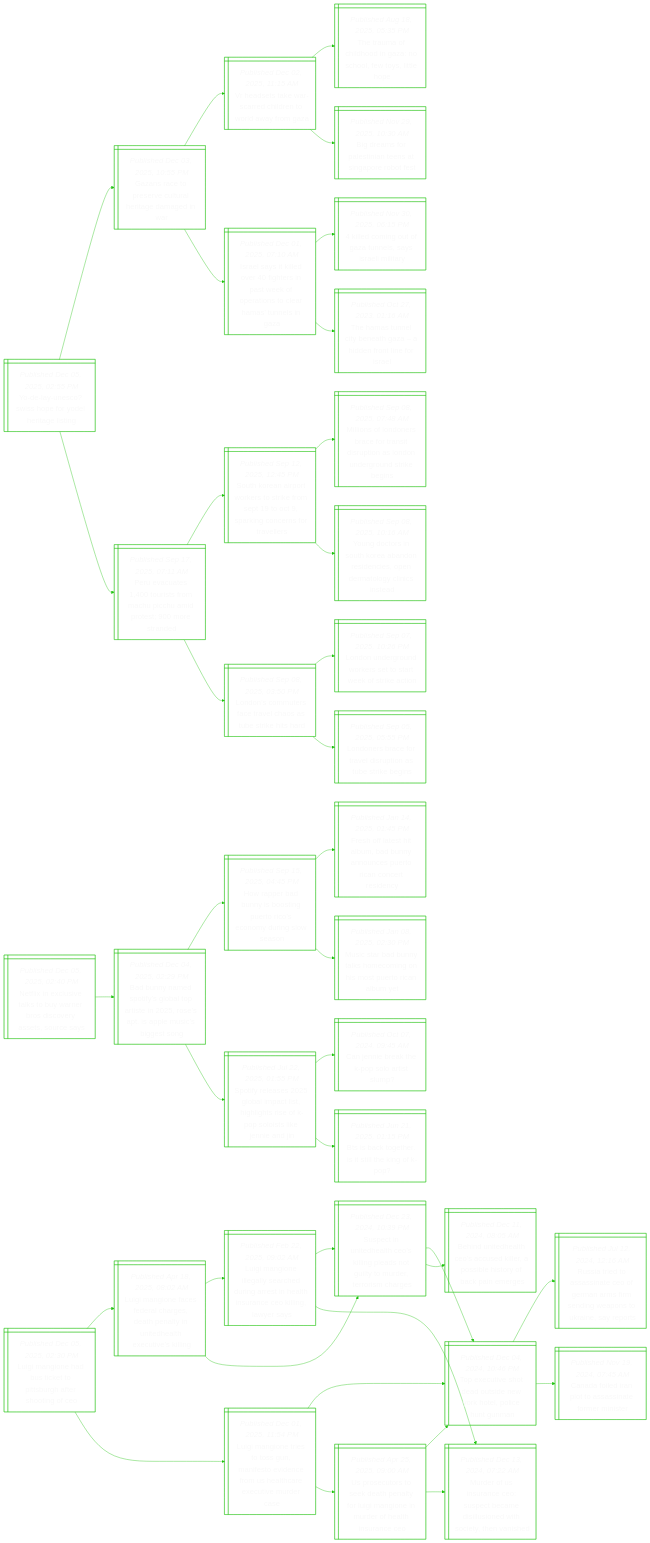
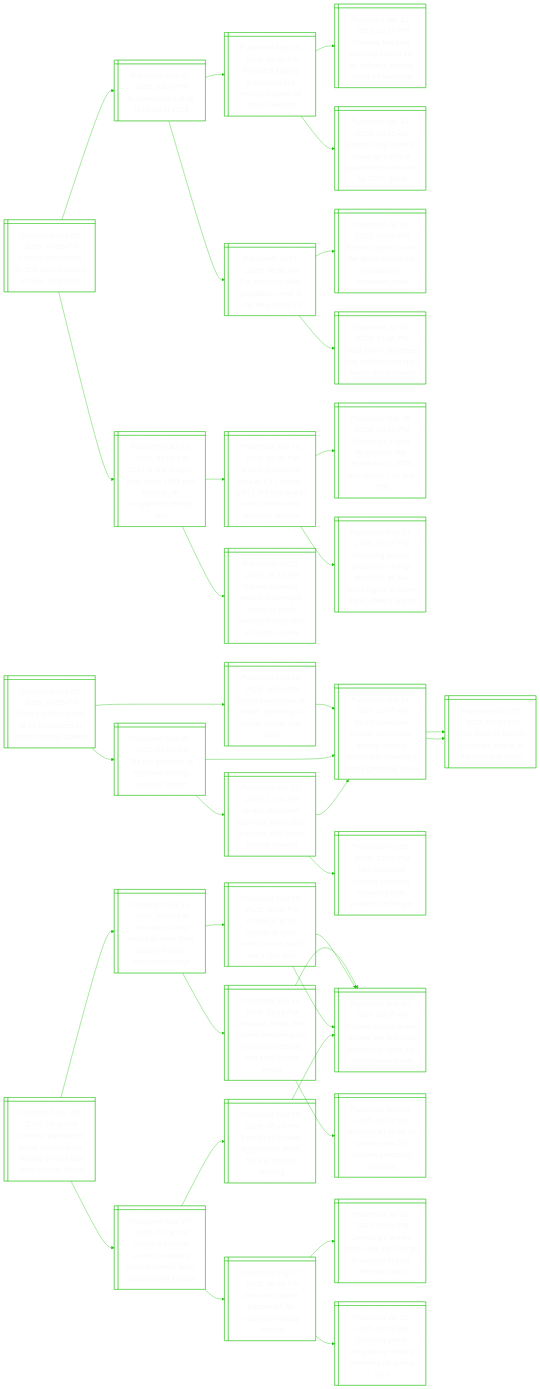
Before and after one commit to notJmes/notJmes: the diagram in README.md, drawn with Mermaid. The commit also changed other lines of this file, not shown here.

````diff
--- a/README.md
+++ b/README.md
@@ -16,121 +16,118 @@
 flowchart LR
 classDef txtsize font-size:20px;
 
-YaSipyhas@{ shape: win-pane, label: "_Published Dec 05, 2025, 02:55 PM_
-Yo-de-lay-unesco? swiss hope for yodel heritage listing" }
-Gstscrregw@{ shape: win-pane, label: "_Published Dec 03, 2025, 10:55 PM_
-Gazans race to preserve cultural heritage damaged in war" }
-Vdtarheowoa@{ shape: win-pane, label: "_Published Dec 02, 2025, 11:15 AM_
-Vr headsets take war-scarred children to world away from gaza" }
-Tafdiahesle@{ shape: win-pane, label: "_Published Aug 18, 2025, 05:35 PM_
-The trauma of childhood in gaza: no school, few toys, little hope" }
-BeoeieSpoe@{ shape: win-pane, label: "_Published Nov 29, 2025, 10:30 AM_
-Big dreams for palestinian teens at singapore robot fest" }
-Ililehitornlausz@{ shape: win-pane, label: "_Published Dec 01, 2025, 07:10 AM_
-Israel says it killed over 40 fighters in past week of operations to clear hamas’ tunnels in gaza" }
-kdnoaeyair@{ shape: win-pane, label: "_Published Nov 30, 2025, 06:15 PM_
-4 killed coming out of gaza tunnels, says israeli military" }
-TmninGhntfr@{ shape: win-pane, label: "_Published Oct 27, 2023, 01:16 AM_
-The hamas tunnel city beneath gaza – a hidden front line for israel" }
-PvtusMPupsen@{ shape: win-pane, label: "_Published Sep 17, 2025, 07:11 AM_
-Peru evacuates 1,400 tourists from machu picchu amid protest; 900 more stranded" }
-SKnortiottkontl@{ shape: win-pane, label: "_Published Sep 12, 2025, 12:45 PM_
-South korean airport workers to strike from sept 19 to oct 9, sparking concerns for travellers" }
-MoLnronitsoeure@{ shape: win-pane, label: "_Published Sep 08, 2025, 07:48 AM_
-Millions of londoners brace for transit disruption as london underground strike begins" }
-Ydroobndenagnnd@{ shape: win-pane, label: "_Published Sep 08, 2025, 10:16 AM_
-Young doctors in south korea abandon residencies, open dermatology clinics instead" }
-Lnmstlsbitd@{ shape: win-pane, label: "_Published Sep 08, 2025, 03:50 PM_
-London’s commuters face travel chaos as tube strike hits hard" }
-Lnrnketeseo@{ shape: win-pane, label: "_Published Sep 07, 2025, 10:26 PM_
-London underground workers set to start week of strike action" }
-LnrovsiTtbs@{ shape: win-pane, label: "_Published Sep 05, 2025, 05:55 PM_
-Londoners brace for travel disruption as tube strike begins" }
+Fhoshssol@{ shape: win-pane, label: "_Published Dec 05, 2025, 07:15 PM_
+French town offers $1,500 birth bonuses to save local clinic" }
+Erdit@{ shape: win-pane, label: "_Published Mar 07, 2025, 09:26 PM_
+Eu saw record drop in births in 2023" }
+Eeipiayesno@{ shape: win-pane, label: "_Published May 19, 2024, 03:30 PM_
+Europe’s ageing population is a money magnet for some investors" }
+CstitlysdrCwn@{ shape: win-pane, label: "_Published Jan 12, 2023, 12:19 PM_
+Chinese fret over infecting elderly kin as holidays prompt covid-19 warnings" }
+Eliomptassdt@{ shape: win-pane, label: "_Published Apr 13, 2024, 10:55 AM_
+Elderly living alone to make up a fifth of japanese households by 2050: study" }
+Fropahsei@{ shape: win-pane, label: "_Published Jul 21, 2023, 06:52 AM_
+For europe’s older population, heat is the new covid-19" }
+Rdscgaoesevk@{ shape: win-pane, label: "_Published Jul 18, 2023, 02:00 PM_
+Record highs scorch the globe as europe prepares for heatwave peak" }
+HtthttEetrs@{ shape: win-pane, label: "_Published Jul 16, 2023, 11:48 PM_
+‘heat storm’ stretches into southern europe, health alerts issued" }
+isgacteinrrte@{ shape: win-pane, label: "_Published Oct 03, 2025, 03:00 PM_
+2024 is first dragon year since 1964 that failed to lift singapore’s fertility rate" }
+Spanmohdmounel@{ shape: win-pane, label: "_Published Sep 29, 2025, 03:00 PM_
+S’pore population now at 6.11 million, with 1.2% rise due to more construction workers, helpers" }
+Sptflatowllrt@{ shape: win-pane, label: "_Published Feb 28, 2024, 03:46 PM_
+Singapore’s total fertility rate hits record low in 2023, falls below 1 for first time" }
+PgkuCiolSftoeep@{ shape: win-pane, label: "_Published May 14, 2025, 03:37 PM_
+Pm wong breaks ground on changi airport t5; all sia, scoot flights to move there when it opens" }
+Cramhnabskeilpu@{ shape: win-pane, label: "_Published Jul 25, 2025, 08:10 PM_
+Career setbacks among challenges raised by those seeking fertility help in s’pore: survey" }
 
-YaSipyhas:::txtsize --> Gstscrregw:::txtsize
-Gstscrregw:::txtsize --> Vdtarheowoa:::txtsize
-Vdtarheowoa:::txtsize --> Tafdiahesle:::txtsize
-Vdtarheowoa:::txtsize --> BeoeieSpoe:::txtsize
-Gstscrregw:::txtsize --> Ililehitornlausz:::txtsize
-Ililehitornlausz:::txtsize --> kdnoaeyair:::txtsize
-Ililehitornlausz:::txtsize --> TmninGhntfr:::txtsize
-YaSipyhas:::txtsize --> PvtusMPupsen:::txtsize
-PvtusMPupsen:::txtsize --> SKnortiottkontl:::txtsize
-SKnortiottkontl:::txtsize --> MoLnronitsoeure:::txtsize
-SKnortiottkontl:::txtsize --> Ydroobndenagnnd:::txtsize
-PvtusMPupsen:::txtsize --> Lnmstlsbitd:::txtsize
-Lnmstlsbitd:::txtsize --> Lnrnketeseo:::txtsize
-Lnmstlsbitd:::txtsize --> LnrovsiTtbs:::txtsize
+Fhoshssol:::txtsize --> Erdit:::txtsize
+Erdit:::txtsize --> Eeipiayesno:::txtsize
+Eeipiayesno:::txtsize --> CstitlysdrCwn:::txtsize
+Eeipiayesno:::txtsize --> Eliomptassdt:::txtsize
+Erdit:::txtsize --> Fropahsei:::txtsize
+Fropahsei:::txtsize --> Rdscgaoesevk:::txtsize
+Fropahsei:::txtsize --> HtthttEetrs:::txtsize
+Fhoshssol:::txtsize --> isgacteinrrte:::txtsize
+isgacteinrrte:::txtsize --> Spanmohdmounel:::txtsize
+Spanmohdmounel:::txtsize --> Sptflatowllrt:::txtsize
+Spanmohdmounel:::txtsize --> PgkuCiolSftoeep:::txtsize
+isgacteinrrte:::txtsize --> Cramhnabskeilpu:::txtsize
 
-Nixilbrrsreua@{ shape: win-pane, label: "_Published Dec 05, 2025, 02:40 PM_
-Netflix in exclusive talks to buy warner bros discovery assets, source says" }
-BnmosaAtoppubsg@{ shape: win-pane, label: "_Published Dec 04, 2025, 02:29 PM_
-Bad bunny named spotify’s global top artiste in 2025, rose’s apt. is apple music’s biggest song" }
-Hpanonrcodgsn@{ shape: win-pane, label: "_Published Sep 15, 2025, 04:45 PM_
-How rapper bad bunny is boosting puerto rico’s economy during slow season" }
-FotiuBanuRcriy@{ shape: win-pane, label: "_Published Jan 14, 2025, 01:45 PM_
-Fresh off latest hit album, bad bunny announces puerto rican concert residency" }
-Msankenittau@{ shape: win-pane, label: "_Published Jan 08, 2025, 02:30 PM_
-Music star bad bunny talks homecoming on his most puerto rican album yet" }
-SfeGlctlsopiinn@{ shape: win-pane, label: "_Published Jul 22, 2025, 01:55 PM_
-Spotify releases 2025 global impact list, highlights rise of k-pop soloists like jennie and jin" }
-Cnrhpatp@{ shape: win-pane, label: "_Published Oct 07, 2024, 09:45 AM_
-Can jennie break the k-pop solo artist slump?" }
-BboetliK@{ shape: win-pane, label: "_Published Jun 21, 2025, 01:15 PM_
-Bts is back together. is it still the king of k-pop?" }
+Tyrefasttsa@{ shape: win-pane, label: "_Published Dec 05, 2025, 06:55 PM_
+Turkey orders arrest of 29 footballers in match betting scandal" }
+Tykoianirua@{ shape: win-pane, label: "_Published Nov 20, 2025, 08:03 PM_
+Turkey crackdown on insider gambling to widen, prosecutor says" }
+Nheleoadssnplllr@{ shape: win-pane, label: "_Published Oct 24, 2025, 12:05 AM_
+Nba’s chauncey billups, terry rozier among dozens arrested in sweeping illegal gambling probe" }
+Nalhpeinwr@{ shape: win-pane, label: "_Published Oct 22, 2025, 04:52 PM_
+Nba plans to launch european league ‘in the next two years’" }
+Tgtslbndp@{ shape: win-pane, label: "_Published Nov 07, 2025, 05:00 AM_
+The big question: is legalised betting good for sport?" }
+Nheleoadssnplllr@{ shape: win-pane, label: "_Published Oct 24, 2025, 12:05 AM_
+Nba’s chauncey billups, terry rozier among dozens arrested in sweeping illegal gambling probe" }
+Nalhpeinwr@{ shape: win-pane, label: "_Published Oct 22, 2025, 04:52 PM_
+Nba plans to launch european league ‘in the next two years’" }
+DyuNiavasiatcl@{ shape: win-pane, label: "_Published Oct 25, 2025, 12:04 PM_
+‘deeply disturbed’: nba chief adam silver grapples with illegal betting scandal" }
+Nheleoadssnplllr@{ shape: win-pane, label: "_Published Oct 24, 2025, 12:05 AM_
+Nba’s chauncey billups, terry rozier among dozens arrested in sweeping illegal gambling probe" }
+Nmgdestrrme@{ shape: win-pane, label: "_Published Oct 25, 2025, 12:23 PM_
+Nba gambling scandal presents mounting trust problem for league" }
 
-Nixilbrrsreua:::txtsize --> BnmosaAtoppubsg:::txtsize
-BnmosaAtoppubsg:::txtsize --> Hpanonrcodgsn:::txtsize
-Hpanonrcodgsn:::txtsize --> FotiuBanuRcriy:::txtsize
-Hpanonrcodgsn:::txtsize --> Msankenittau:::txtsize
-BnmosaAtoppubsg:::txtsize --> SfeGlctlsopiinn:::txtsize
-SfeGlctlsopiinn:::txtsize --> Cnrhpatp:::txtsize
-SfeGlctlsopiinn:::txtsize --> BboetliK:::txtsize
+Tyrefasttsa:::txtsize --> Tykoianirua:::txtsize
+Tykoianirua:::txtsize --> Nheleoadssnplllr:::txtsize
+Nheleoadssnplllr:::txtsize --> Nalhpeinwr:::txtsize
+Tyrefasttsa:::txtsize --> Tgtslbndp:::txtsize
+Tgtslbndp:::txtsize --> Nheleoadssnplllr:::txtsize
+Nheleoadssnplllr:::txtsize --> Nalhpeinwr:::txtsize
+Tgtslbndp:::txtsize --> DyuNiavasiatcl:::txtsize
+DyuNiavasiatcl:::txtsize --> Nheleoadssnplllr:::txtsize
+DyuNiavasiatcl:::txtsize --> Nmgdestrrme:::txtsize
 
-LModittgeoo@{ shape: win-pane, label: "_Published Dec 05, 2025, 02:30 PM_
-Luigi mangione had bus ticket to pittsburgh after shooting of ceo" }
-LMocdcetanelevl@{ shape: win-pane, label: "_Published Apr 18, 2025, 08:02 AM_
-Luigi mangione faces federal charges, death penalty in unitedhealth executive’s killing" }
-LMollrdgseiaElas@{ shape: win-pane, label: "_Published Feb 22, 2025, 09:02 AM_
-Luigi mangione illegally searched during arrest in health insurance ceo killing, lawyer says" }
-ScnHhknattutrhs@{ shape: win-pane, label: "_Published Dec 23, 2024, 10:39 PM_
-Suspect in unitedhealth ceo’s killing pleads not guilty to murder, terrorism charges" }
-MriaEpedlntihnd@{ shape: win-pane, label: "_Published Dec 13, 2024, 07:22 AM_
-Murder of us insurance ceo: suspect became disillusioned with society, then vanished" }
-ScnHhknattutrhs@{ shape: win-pane, label: "_Published Dec 23, 2024, 10:39 PM_
-Suspect in unitedhealth ceo’s killing pleads not guilty to murder, terrorism charges" }
-TevtodYoohu@{ shape: win-pane, label: "_Published Dec 04, 2024, 10:46 PM_
-Top executive shot dead outside new york hotel, police hunt gunman" }
-BdelOuiaiiycng@{ shape: win-pane, label: "_Published Dec 11, 2024, 08:05 AM_
-Behind unitedhealth ceo’s accused killer, a possible history of back pain emerges" }
-LMoituioerhhetuc@{ shape: win-pane, label: "_Published Dec 01, 2025, 11:54 PM_
-Luigi mangione tries to toss gun, manifesto evidence from us healthcare executive murder case" }
-TevtodYoohu@{ shape: win-pane, label: "_Published Dec 04, 2024, 10:46 PM_
-Top executive shot dead outside new york hotel, police hunt gunman" }
-RadsnEeainwnkees@{ shape: win-pane, label: "_Published Jul 12, 2024, 12:16 AM_
-Russia tried to assassinate ceo of german arms firm sending weapons to ukraine, say reports" }
-Caentaarie@{ shape: win-pane, label: "_Published Nov 19, 2024, 07:45 AM_
-Canada foiled iran plot to assassinate former minister" }
-Usoseeyuanuolsc@{ shape: win-pane, label: "_Published Apr 25, 2025, 09:00 AM_
-Us prosecutors to seek death penalty for luigi mangione in murder of health insurance ceo" }
-TevtodYoohu@{ shape: win-pane, label: "_Published Dec 04, 2024, 10:46 PM_
-Top executive shot dead outside new york hotel, police hunt gunman" }
-MriaEpedlntihnd@{ shape: win-pane, label: "_Published Dec 13, 2024, 07:22 AM_
-Murder of us insurance ceo: suspect became disillusioned with society, then vanished" }
+Gnitsrsirvadir@{ shape: win-pane, label: "_Published Dec 05, 2025, 06:40 PM_
+German parliament backs controversial military service law amid russian threat" }
+Gnmdoabsody@{ shape: win-pane, label: "_Published Sep 11, 2025, 10:58 PM_
+Germany’s army needs to more than double in size, commander says" }
+LaaatprhoetsRaa@{ shape: win-pane, label: "_Published Sep 11, 2025, 11:18 PM_
+Lithuania, latvia, and estonia prepare push to stop us security cuts amid russia threat" }
+PdtnefNetndgir@{ shape: win-pane, label: "_Published Sep 10, 2025, 10:37 AM_
+Poland shoots down drones, the first nato member to open fire during ukraine war" }
+Raserkcioten@{ shape: win-pane, label: "_Published Sep 09, 2025, 09:37 PM_
+Russian air strike in ukraine kills 23 civilians collecting pensions" }
+PdiotnlioaM@{ shape: win-pane, label: "_Published Sep 10, 2025, 06:02 PM_
+Poland is at its closest to open conflict since world war ii, pm says" }
+PdtnefNetndgir@{ shape: win-pane, label: "_Published Sep 10, 2025, 10:37 AM_
+Poland shoots down drones, the first nato member to open fire during ukraine war" }
+PdtnefNetndgir@{ shape: win-pane, label: "_Published Sep 10, 2025, 10:37 AM_
+Poland shoots down drones, the first nato member to open fire during ukraine war" }
+Fervvtirvmcatt@{ shape: win-pane, label: "_Published Nov 27, 2025, 07:08 PM_
+France’s macron unveils voluntary military service amid ‘accelerating threats’" }
+Gnnsirnmar@{ shape: win-pane, label: "_Published Aug 27, 2025, 08:03 PM_
+German cabinet passes bill for voluntary military service" }
+Gnmregetafb@{ shape: win-pane, label: "_Published Jul 31, 2025, 11:34 PM_
+Germany’s armed forces see 28% surge in recruits in nato defence boost" }
+Gnnprisnon@{ shape: win-pane, label: "_Published Jul 25, 2025, 06:54 AM_
+Germany plans compulsory military screening for young men" }
+Fuunensklyn@{ shape: win-pane, label: "_Published Sep 13, 2025, 05:45 PM_
+Fearful of russian aggression, poles flock to military training" }
+PdtnefNetndgir@{ shape: win-pane, label: "_Published Sep 10, 2025, 10:37 AM_
+Poland shoots down drones, the first nato member to open fire during ukraine war" }
 
-LModittgeoo:::txtsize --> LMocdcetanelevl:::txtsize
-LMocdcetanelevl:::txtsize --> LMollrdgseiaElas:::txtsize
-LMollrdgseiaElas:::txtsize --> ScnHhknattutrhs:::txtsize
-LMollrdgseiaElas:::txtsize --> MriaEpedlntihnd:::txtsize
-LMocdcetanelevl:::txtsize --> ScnHhknattutrhs:::txtsize
-ScnHhknattutrhs:::txtsize --> TevtodYoohu:::txtsize
-ScnHhknattutrhs:::txtsize --> BdelOuiaiiycng:::txtsize
-LModittgeoo:::txtsize --> LMoituioerhhetuc:::txtsize
-LMoituioerhhetuc:::txtsize --> TevtodYoohu:::txtsize
-TevtodYoohu:::txtsize --> RadsnEeainwnkees:::txtsize
-TevtodYoohu:::txtsize --> Caentaarie:::txtsize
-LMoituioerhhetuc:::txtsize --> Usoseeyuanuolsc:::txtsize
-Usoseeyuanuolsc:::txtsize --> TevtodYoohu:::txtsize
-Usoseeyuanuolsc:::txtsize --> MriaEpedlntihnd:::txtsize
+Gnitsrsirvadir:::txtsize --> Gnmdoabsody:::txtsize
+Gnmdoabsody:::txtsize --> LaaatprhoetsRaa:::txtsize
+LaaatprhoetsRaa:::txtsize --> PdtnefNetndgir:::txtsize
+LaaatprhoetsRaa:::txtsize --> Raserkcioten:::txtsize
+Gnmdoabsody:::txtsize --> PdiotnlioaM:::txtsize
+PdiotnlioaM:::txtsize --> PdtnefNetndgir:::txtsize
+PdiotnlioaM:::txtsize --> PdtnefNetndgir:::txtsize
+Gnitsrsirvadir:::txtsize --> Fervvtirvmcatt:::txtsize
+Fervvtirvmcatt:::txtsize --> Gnnsirnmar:::txtsize
+Gnnsirnmar:::txtsize --> Gnmregetafb:::txtsize
+Gnnsirnmar:::txtsize --> Gnnprisnon:::txtsize
+Fervvtirvmcatt:::txtsize --> Fuunensklyn:::txtsize
+Fuunensklyn:::txtsize --> PdtnefNetndgir:::txtsize
 
 ```
````
